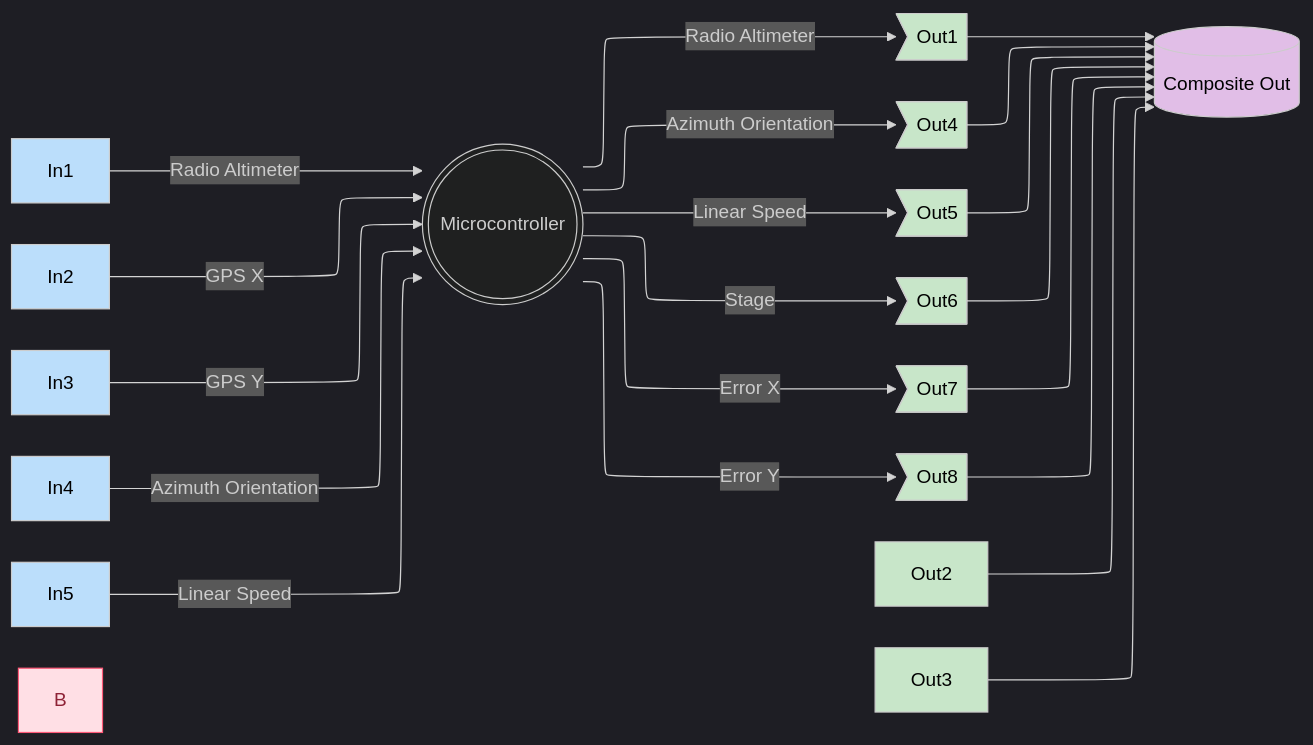
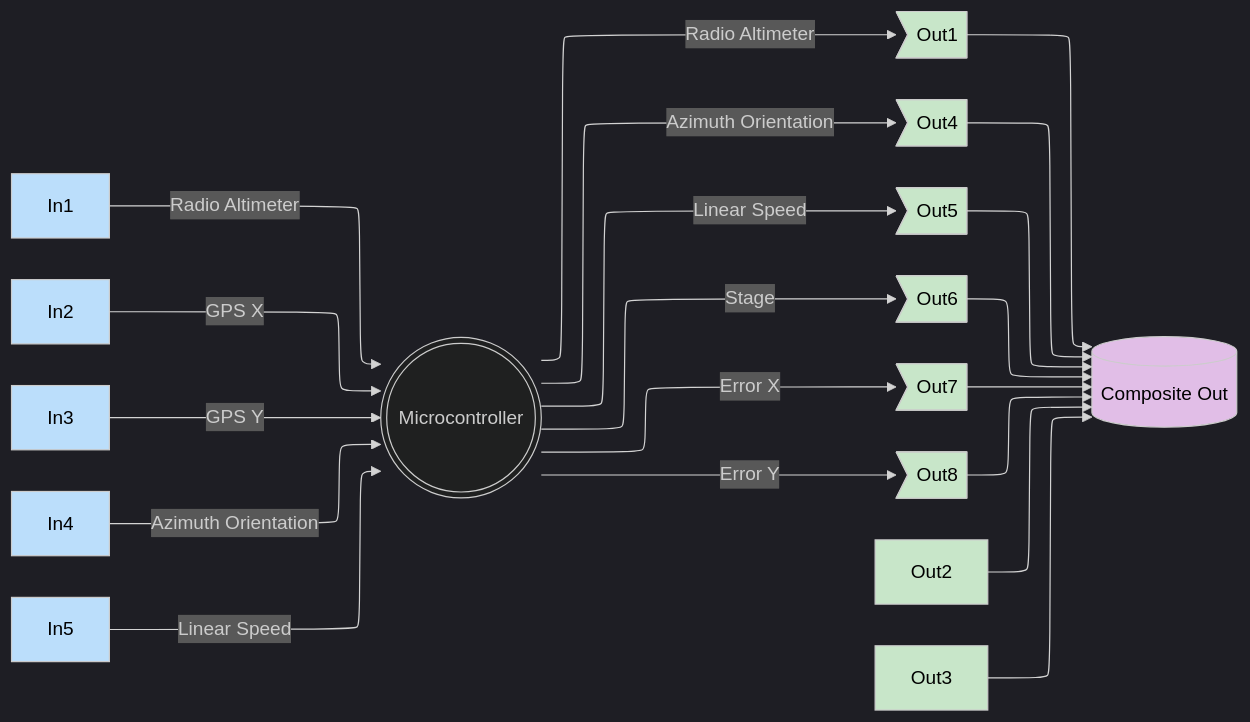
The diagram in .hware/wiring.md (clxrickx/ASTRA), drawn with Mermaid before and after one commit. The commit also changed other lines of this file and 3 other files, not shown here.

First line of the commit message:
Revisions to controller syntax, updated wiring diagram(null)

````diff
--- a/.hware/wiring.md
+++ b/.hware/wiring.md
@@ -2,44 +3,43 @@
 ```mermaid
 ---
 config:
   layout: elk
   theme: dark
 ---
 flowchart LR
     In1["In1"] -- Radio Altimeter --> A((("Microcontroller")))
     In2["In2"] -- GPS X --> A
     In3["In3"] -- GPS Y --> A
     In4["In4"] -- Azimuth Orientation --> A
     In5["In5"] -- Linear Speed --> A
     A -- Radio Altimeter --> Out1>"Out1"]
     A -- Azimuth Orientation --> Out4>"Out4"]
     A -- Linear Speed --> Out5>"Out5"]
     A -- Stage --> Out6>"Out6"]
     A -- Error X --> Out7>"Out7"]
     A -- Error Y --> Out8>"Out8"]
     Out1 --> G[("Composite Out")]
     Out2 --> G
     Out3 --> G
     Out4 --> G
     Out5 --> G
     Out6 --> G
     Out7 --> G
     Out8 --> G
-
-     B:::Rose
+    
     classDef Rose stroke-width:1px, stroke-dasharray:none, stroke:#FF5978, fill:#FFDFE5, color:#8E2236
     style In1 fill:#BBDEFB,color:#000000
     style In2 fill:#BBDEFB,color:#000000
     style In3 fill:#BBDEFB,color:#000000
     style In4 fill:#BBDEFB,color:#000000
     style In5 fill:#BBDEFB,color:#000000
     style Out2 fill:#C8E6C9,color:#000000
     style Out3 fill:#C8E6C9,color:#000000
     style Out1 fill:#C8E6C9,color:#000000
     style Out4 fill:#C8E6C9,color:#000000
     style Out5 fill:#C8E6C9,color:#000000
     style Out6 fill:#C8E6C9,color:#000000
     style Out7 fill:#C8E6C9,color:#000000
     style Out8 fill:#C8E6C9,color:#000000
     style G fill:#E1BEE7,color:#000000
 ```
````
